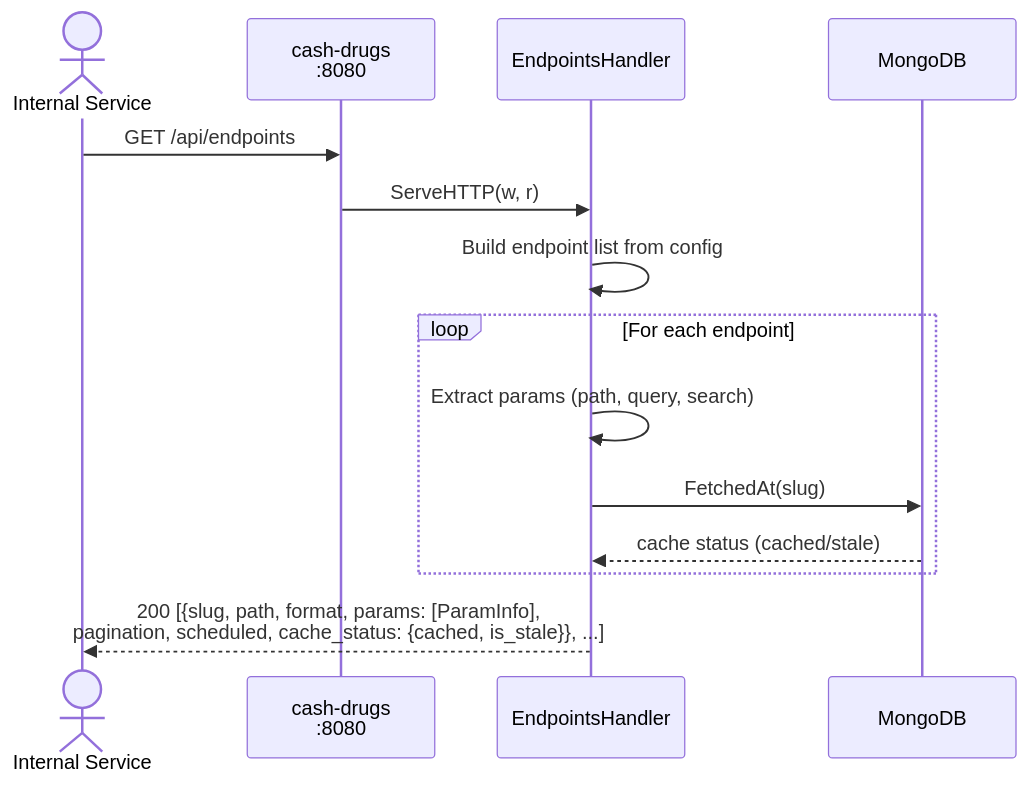
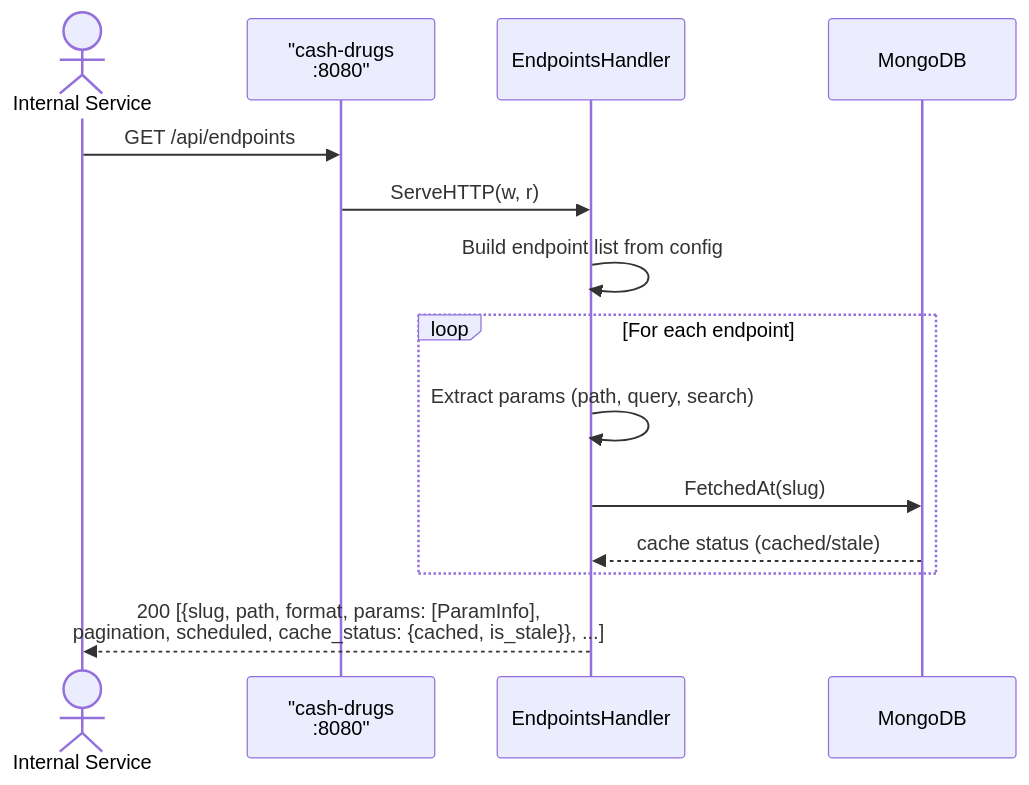
Diagram 11 of 31 in docs/sequence-diagram.md (finish06/cash-drugs), drawn with Mermaid before and after one commit. The commit also changed other lines of this file and 8 other files, not shown here.

````diff
--- a/docs/sequence-diagram.md
+++ b/docs/sequence-diagram.md
@@ -451,17 +454,17 @@
 ```mermaid
 sequenceDiagram
     actor Client as Internal Service
-    participant GW as cash-drugs<br/>:8080
+    participant GW as "cash-drugs<br/>:8080"
     participant EH as EndpointsHandler
     participant DB as MongoDB
 
     Client->>GW: GET /api/endpoints
     GW->>EH: ServeHTTP(w, r)
     EH->>EH: Build endpoint list from config
     loop For each endpoint
         EH->>EH: Extract params (path, query, search)
         EH->>DB: FetchedAt(slug)
         DB-->>EH: cache status (cached/stale)
     end
     EH-->>Client: 200 [{slug, path, format, params: [ParamInfo],<br/>pagination, scheduled, cache_status: {cached, is_stale}}, ...]
 ```
````
